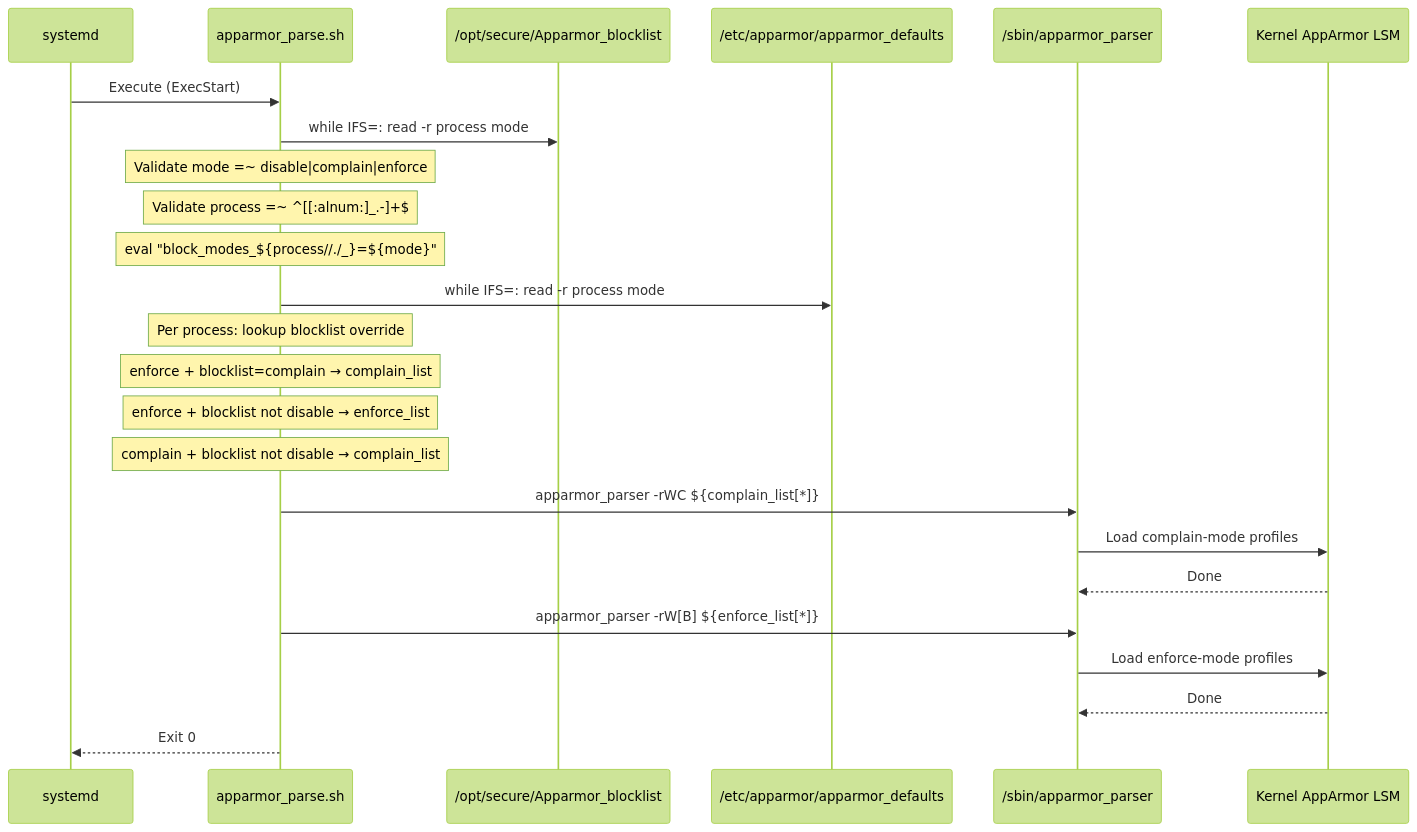
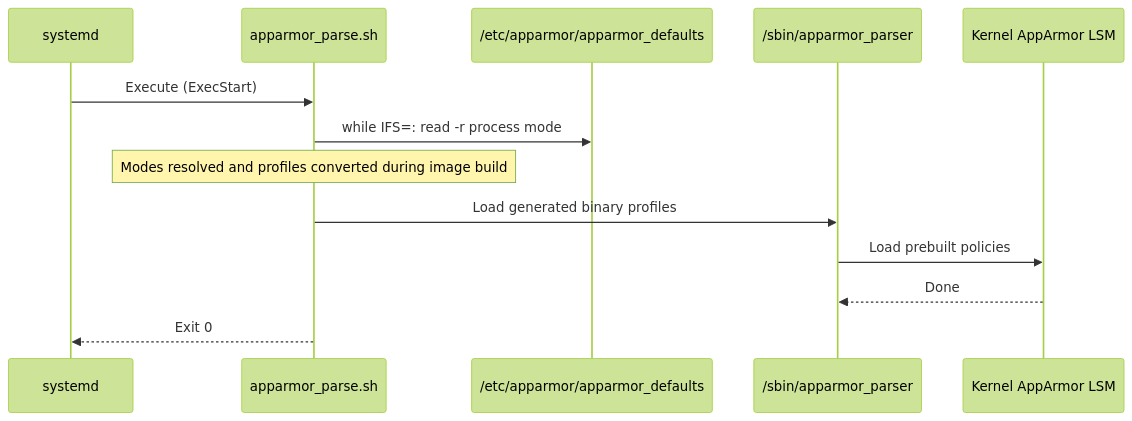
The eighth of 8 diagrams in README.md (rdkcentral/rdk-apparmor-profiles), drawn with Mermaid (forest theme) before and after one commit. The commit also changed other lines of this file, not shown here.

````diff
--- a/README.md
+++ b/README.md
@@ -461,32 +402,19 @@
 ```mermaid
 sequenceDiagram
     participant SYSTEMD as systemd
     participant SH as apparmor_parse.sh
-    participant BLOCKLIST as /opt/secure/Apparmor_blocklist
     participant DEFAULTS as /etc/apparmor/apparmor_defaults
     participant PARSER as /sbin/apparmor_parser
     participant KERNEL as Kernel AppArmor LSM
 
     SYSTEMD->>SH: Execute (ExecStart)
 
-    SH->>BLOCKLIST: while IFS=: read -r process mode
-    Note over SH: Validate mode =~ disable|complain|enforce
-    Note over SH: Validate process =~ ^[[:alnum:]_.-]+$
-    Note over SH: eval "block_modes_${process//./_}=${mode}"
+    SH->>DEFAULTS: while IFS=: read -r process mode
+    Note over SH: Modes resolved and profiles converted during image build
 
-    SH->>DEFAULTS: while IFS=: read -r process mode
-    Note over SH: Per process: lookup blocklist override
-    Note over SH: enforce + blocklist=complain → complain_list
-    Note over SH: enforce + blocklist not disable → enforce_list
-    Note over SH: complain + blocklist not disable → complain_list
-
-    SH->>PARSER: apparmor_parser -rWC ${complain_list[*]}
-    PARSER->>KERNEL: Load complain-mode profiles
-    KERNEL-->>PARSER: Done
-
-    SH->>PARSER: apparmor_parser -rW[B] ${enforce_list[*]}
-    PARSER->>KERNEL: Load enforce-mode profiles
+    SH->>PARSER: Load generated binary profiles
+    PARSER->>KERNEL: Load prebuilt policies
     KERNEL-->>PARSER: Done
 
     SH-->>SYSTEMD: Exit 0
 ```
````
